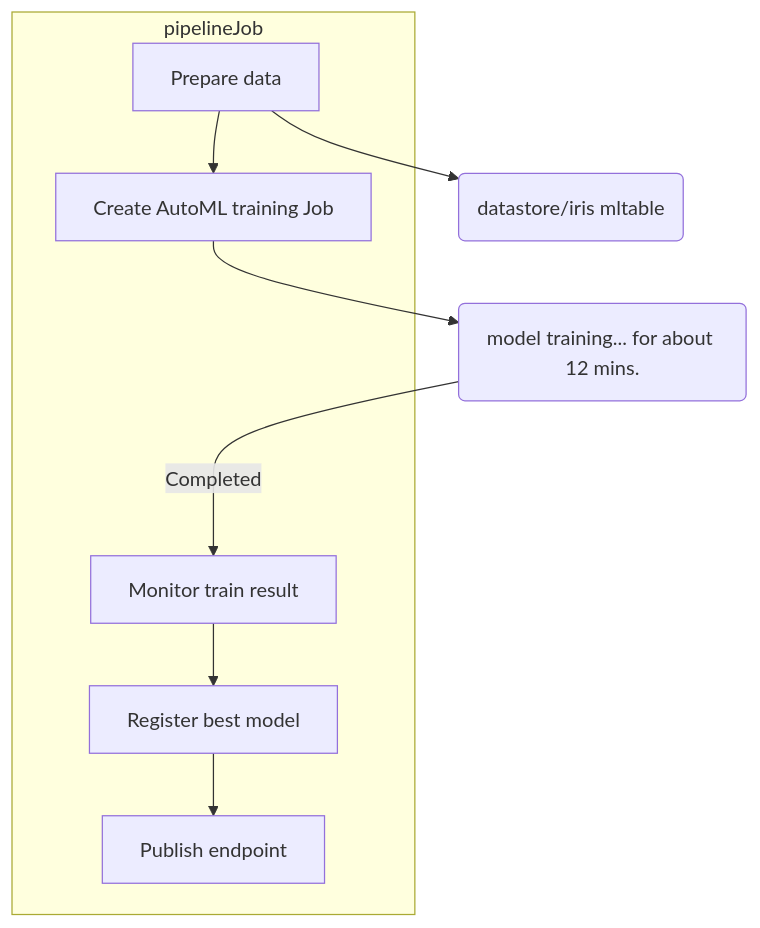
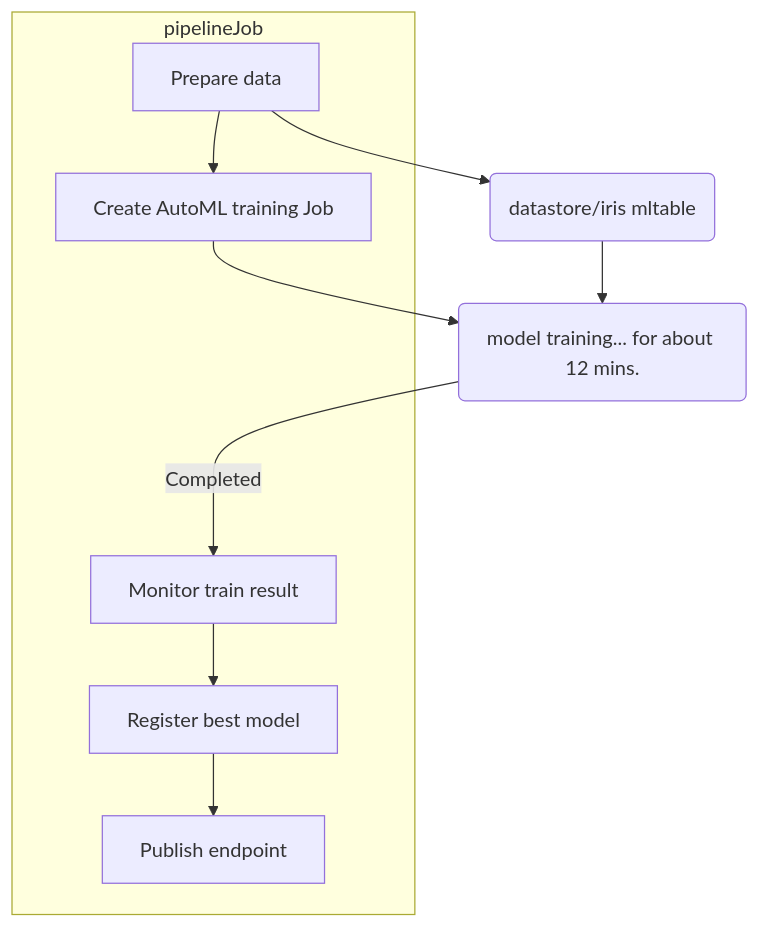
The second of 2 diagrams in README.md (Kyrsang/Azure-ML-automation-research), drawn with Mermaid before and after one commit.

````diff
--- a/README.md
+++ b/README.md
@@ -37,20 +37,21 @@
 ```mermaid
 flowchart TD
     subgraph pipelineJob
         A[Prepare data]
         B[Create AutoML training Job]
         C[Monitor train result]
         D[Register best model]
         E[Publish endpoint]
     end 
 
     F(datastore/iris mltable)
     G(model training... for about 12 mins.) 
     
     A --> B 
     C --> D 
     D --> E 
     A --> F 
     B --> G     
     G --Completed---> C
+    F --> G
 ```
````
